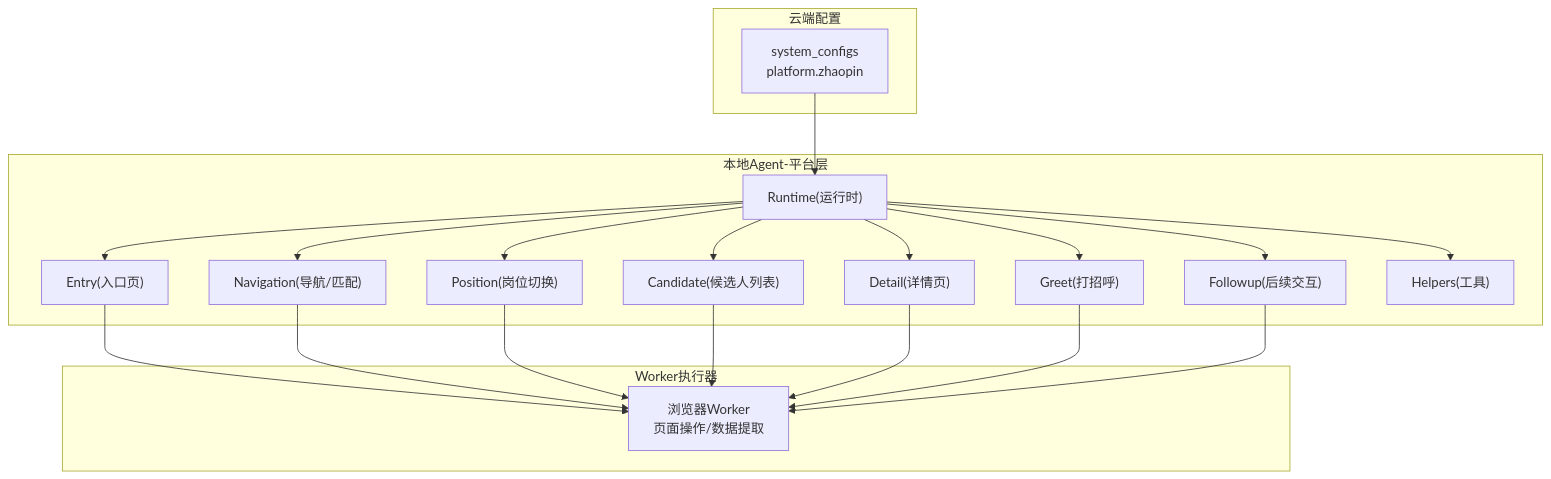
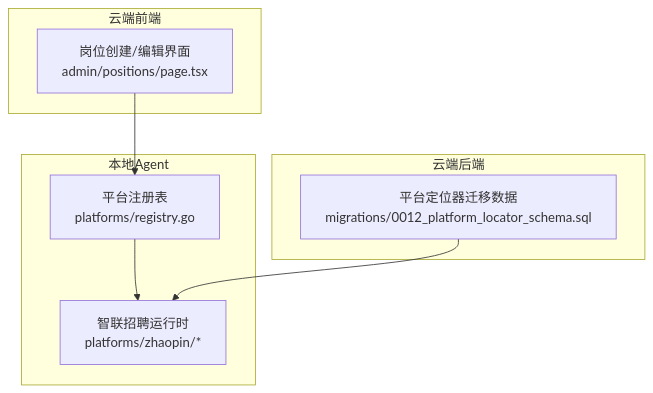
One commit to alvinwangzi/goodhr changed the first of 9 diagrams in .qoder/repowiki/zh/content/本地执行器/平台适配器/前程无忧适配器/前程无忧适配器.md. Above: the diagram before and after it, drawn with Mermaid. The commit also changed other lines of this file and 149 other files, not shown here.

````diff
--- a/.qoder/repowiki/zh/content/本地执行器/平台适配器/前程无忧适配器/前程无忧适配器.md
+++ b/.qoder/repowiki/zh/content/本地执行器/平台适配器/前程无忧适配器/前程无忧适配器.md
@@ -37,36 +45,16 @@
 ```mermaid
 graph TB
-subgraph "本地Agent-平台层"
-R["Runtime(运行时)"]
-E["Entry(入口页)"]
-N["Navigation(导航/匹配)"]
-P["Position(岗位切换)"]
-C["Candidate(候选人列表)"]
-D["Detail(详情页)"]
-G["Greet(打招呼)"]
-F["Followup(后续交互)"]
-H["Helpers(工具)"]
+subgraph "本地Agent"
+REG["平台注册表<br/>platforms/registry.go"]
+ZP["智联招聘运行时<br/>platforms/zhaopin/*"]
 end
-subgraph "Worker执行器"
-W["浏览器Worker<br/>页面操作/数据提取"]
+subgraph "云端后端"
+MIG["平台定位器迁移数据<br/>migrations/0012_platform_locator_schema.sql"]
 end
-subgraph "云端配置"
-S["system_configs<br/>platform.zhaopin"]
+subgraph "云端前端"
+UI["岗位创建/编辑界面<br/>admin/positions/page.tsx"]
 end
-R --> E
-R --> N
-R --> P
-R --> C
-R --> D
-R --> G
-R --> F
-R --> H
-E --> W
-N --> W
-P --> W
-C --> W
-D --> W
-G --> W
-F --> W
-S --> R
+UI --> REG
+REG --> ZP
+MIG --> ZP
 ```
````
